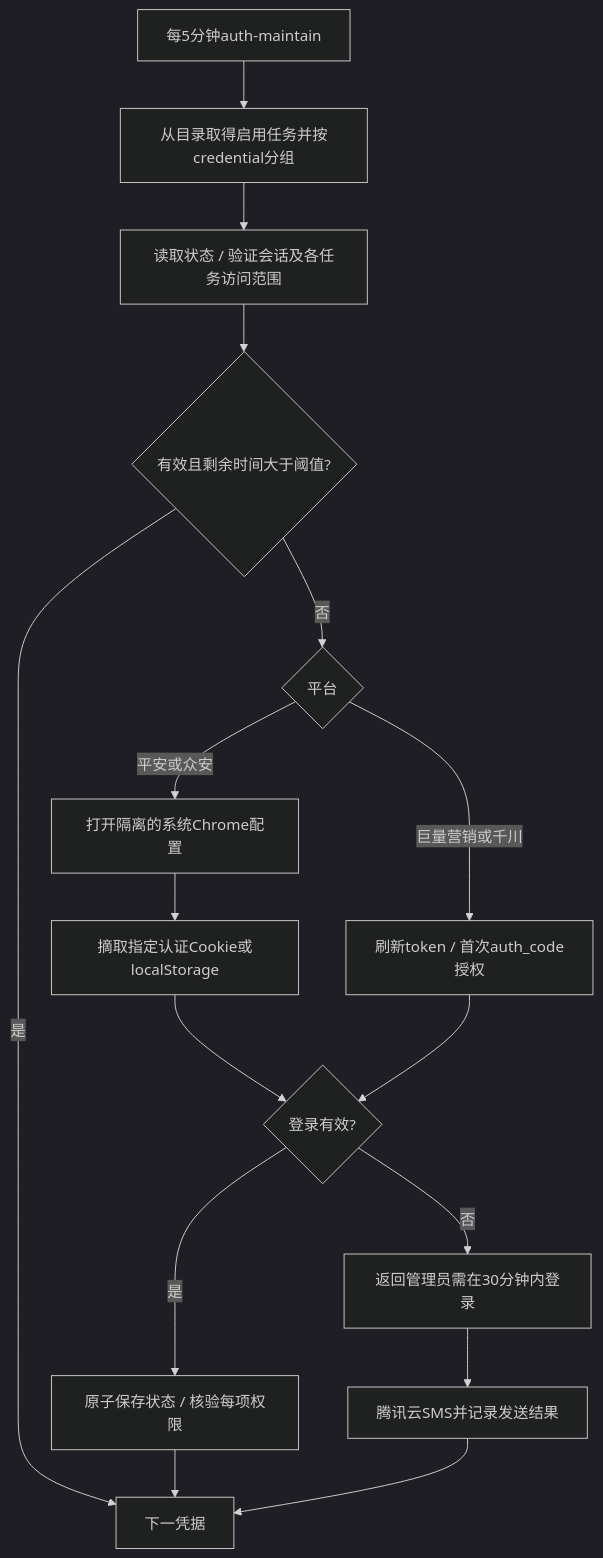
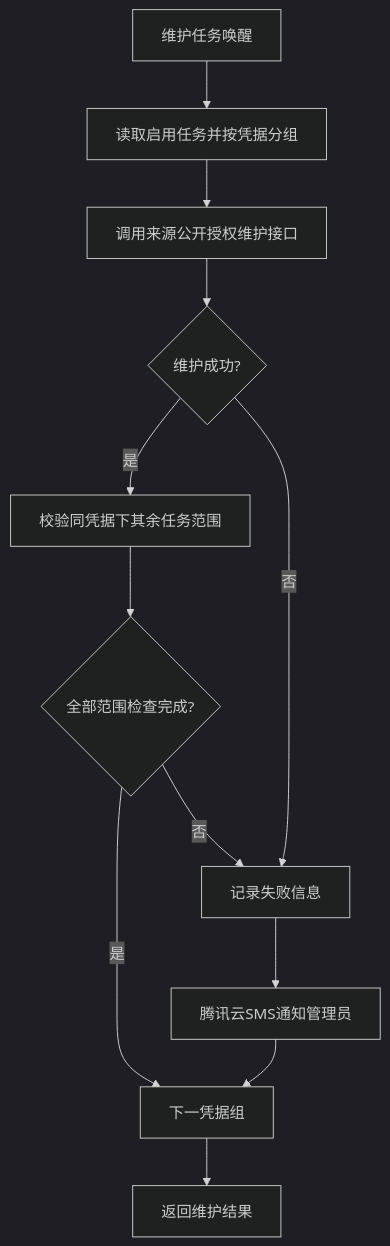
The fourth of 4 diagrams in live_data_design/SPEC.md (OnfireMrHuang/staffhub), drawn with Mermaid (dark theme) before and after one commit. The commit also changed other lines of this file and 33 other files, not shown here.

````diff
--- a/live_data_design/SPEC.md
+++ b/live_data_design/SPEC.md
@@ -185,18 +119,14 @@
 ```mermaid
 flowchart TD
-    A[每5分钟auth-maintain] --> B[从目录取得启用任务并按credential分组]
-    B --> C[读取状态 / 验证会话及各任务访问范围]
-    C --> D{有效且剩余时间大于阈值?}
-    D -- 是 --> N[下一凭据]
-    D -- 否 --> E{平台}
-    E -- 巨量营销或千川 --> F[刷新token / 首次auth_code授权]
-    E -- 平安或众安 --> G[打开隔离的系统Chrome配置]
-    G --> H[摘取指定认证Cookie或localStorage]
-    H --> I{登录有效?}
-    F --> I
-    I -- 是 --> J[原子保存状态 / 核验每项权限]
-    I -- 否 --> K[返回管理员需在30分钟内登录]
-    K --> L[腾讯云SMS并记录发送结果]
-    J --> N
-    L --> N
+    A[维护任务唤醒] --> B[读取启用任务并按凭据分组]
+    B --> C[调用来源公开授权维护接口]
+    C --> D{维护成功?}
+    D -- 是 --> E[校验同凭据下其余任务范围]
+    E --> F{全部范围检查完成?}
+    F -- 是 --> G[下一凭据组]
+    F -- 否 --> H[记录失败信息]
+    D -- 否 --> H
+    H --> I[腾讯云SMS通知管理员]
+    I --> G
+    G --> J[返回维护结果]
 ```
````
